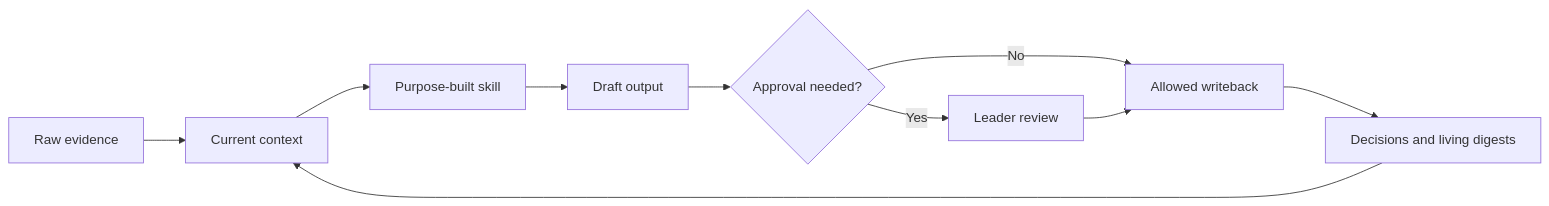
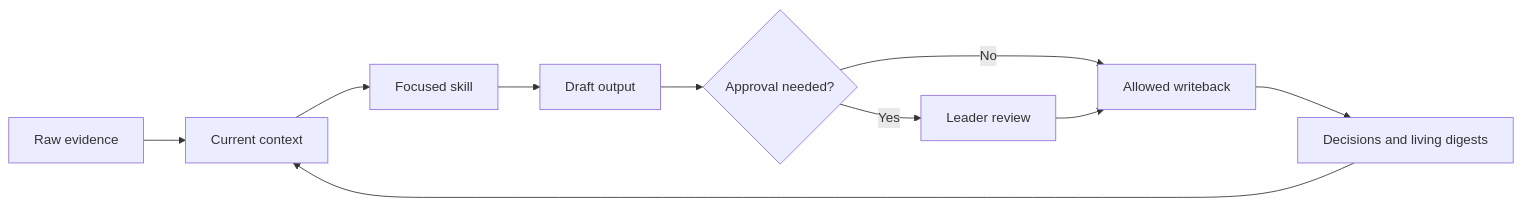
One commit to alliethu/leadership-os-starter changed the diagram in README.md. Above: the diagram before and after it, drawn with Mermaid. The commit also changed other lines of this file, not shown here.

````diff
--- a/README.md
+++ b/README.md
@@ -42,12 +50,12 @@
 ```mermaid
 flowchart LR
     E[Raw evidence] --> C[Current context]
-    C --> S[Purpose-built skill]
+    C --> S[Focused skill]
     S --> O[Draft output]
     O --> A{Approval needed?}
     A -->|No| W[Allowed writeback]
     A -->|Yes| H[Leader review]
     H --> W
     W --> D[Decisions and living digests]
     D --> C
 ```
````
